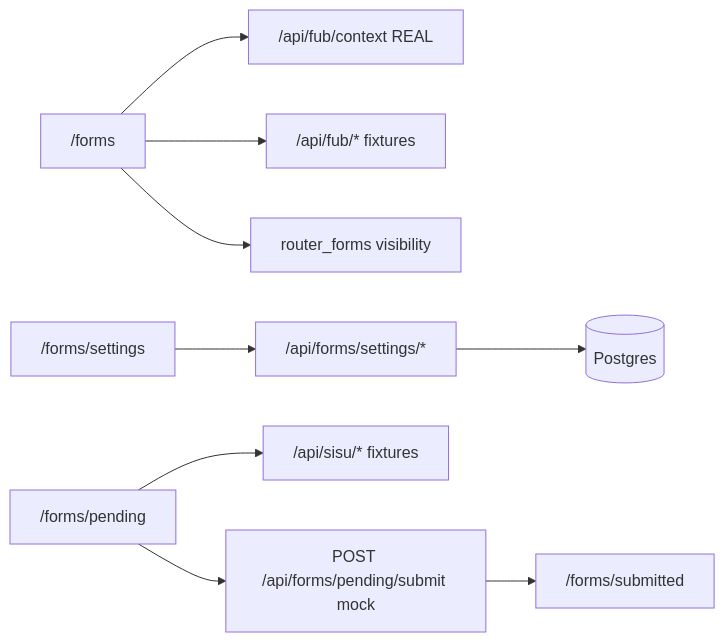
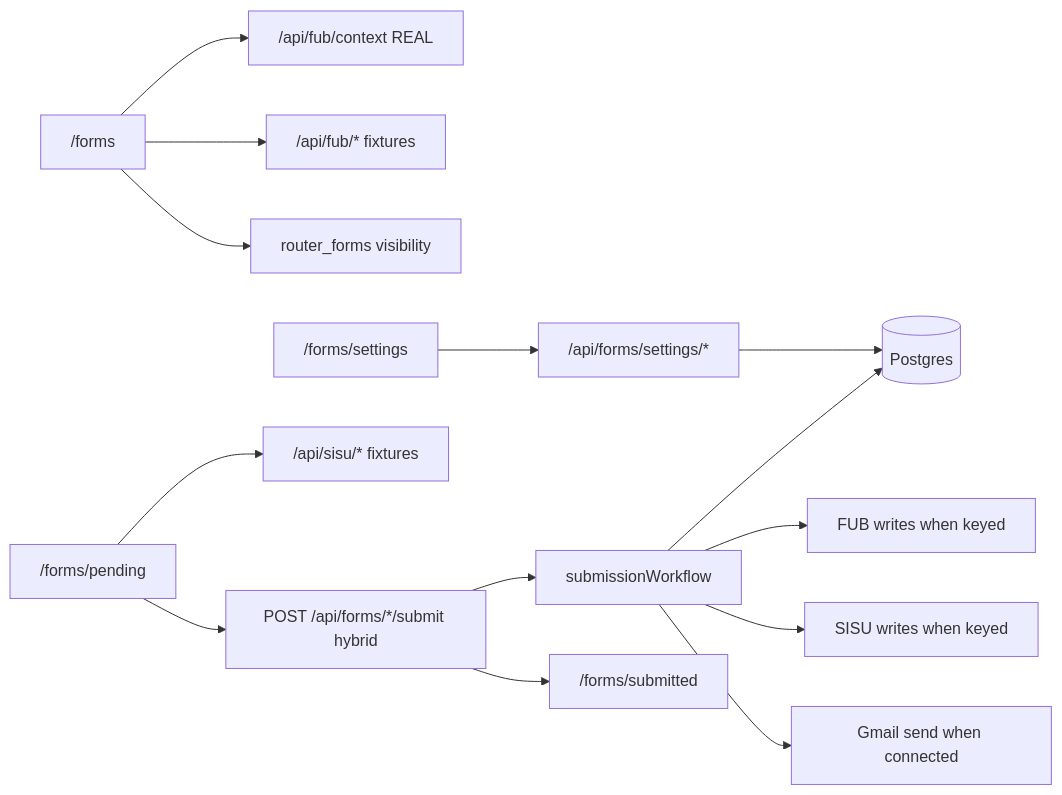
The diagram in docs/template-overview.md (baraagency/forms-template), drawn with Mermaid before and after one commit. The commit also changed other lines of this file and 128 other files, not shown here.

````diff
--- a/docs/template-overview.md
+++ b/docs/template-overview.md
@@ -5,11 +5,16 @@
 ```mermaid
 flowchart LR
   Router["/forms"] --> Context["/api/fub/context REAL"]
   Router --> MockFub["/api/fub/* fixtures"]
   Router --> RouterForms["router_forms visibility"]
   Settings["/forms/settings"] --> SettingsApi["/api/forms/settings/*"]
   SettingsApi --> Postgres[(Postgres)]
   Pending["/forms/pending"] --> MockSisu["/api/sisu/* fixtures"]
-  Pending --> Submit["POST /api/forms/pending/submit mock"]
+  Pending --> Submit["POST /api/forms/*/submit hybrid"]
+  Submit --> Orch["submissionWorkflow"]
+  Orch --> Postgres
+  Orch --> FubLive["FUB writes when keyed"]
+  Orch --> SisuLive["SISU writes when keyed"]
+  Orch --> Gmail["Gmail send when connected"]
   Submit --> Submitted["/forms/submitted"]
 ```
````
